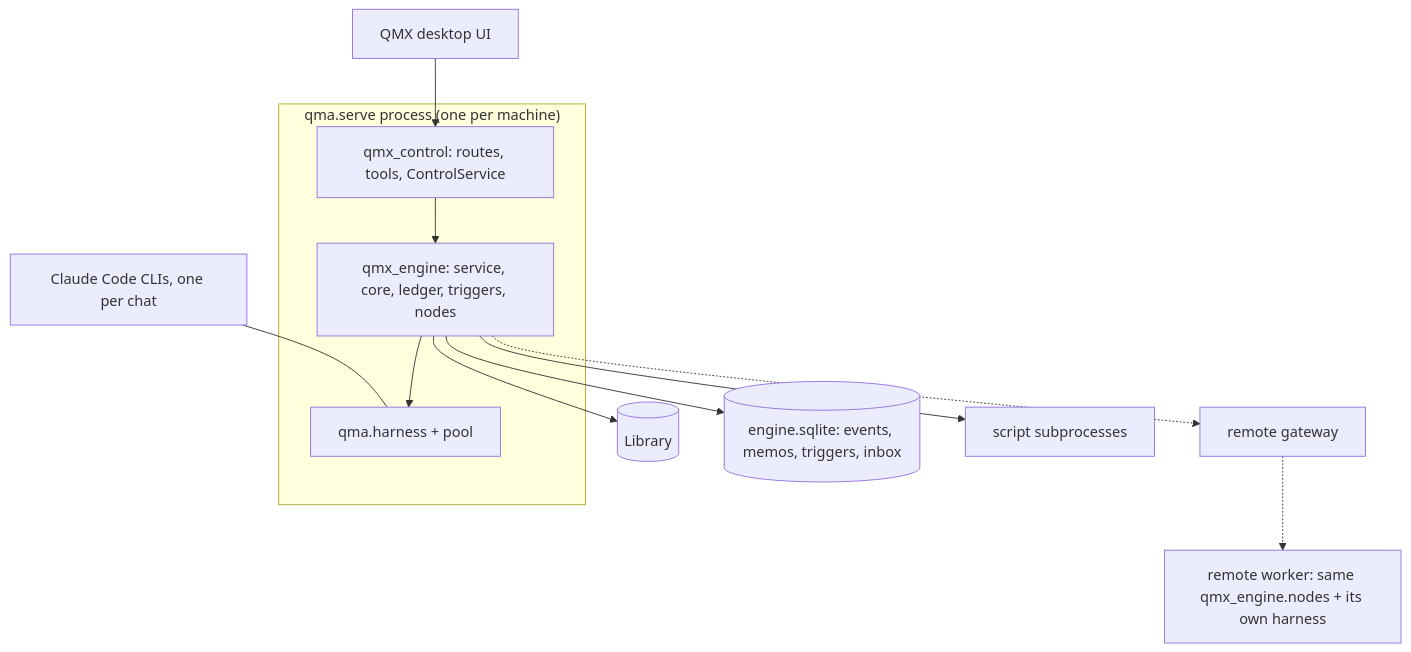
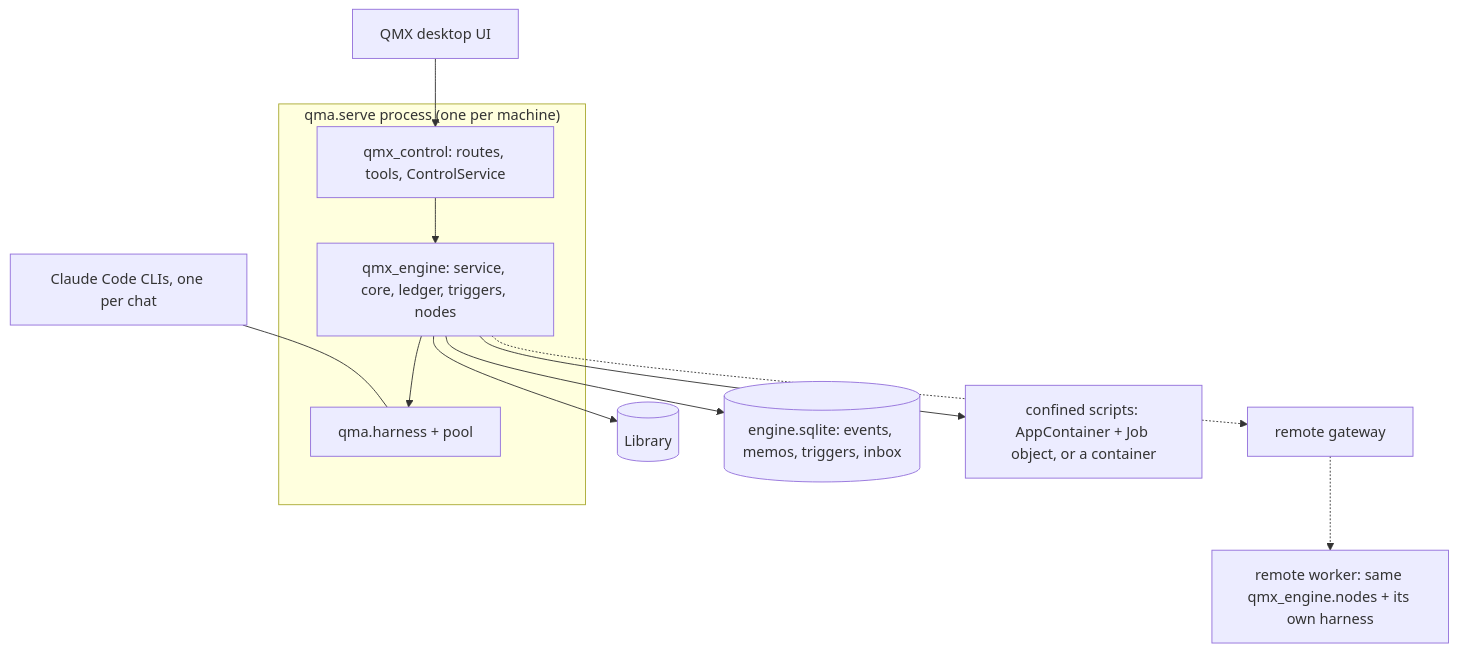
One commit to mubarakhimself-byte/QMX changed the second of 4 diagrams in tracker/qma-v2/architecture/workflow-engine/ARCHITECTURE-SPINE.md. Above: the diagram before and after it, drawn with Mermaid. The commit also changed other lines of this file and 16 other files, not shown here.

````diff
--- a/tracker/qma-v2/architecture/workflow-engine/ARCHITECTURE-SPINE.md
+++ b/tracker/qma-v2/architecture/workflow-engine/ARCHITECTURE-SPINE.md
@@ -314,17 +338,17 @@
 ```mermaid
 flowchart TB
   subgraph PROC["qma.serve process (one per machine)"]
     HARN[qma.harness + pool]
     CTRL[qmx_control: routes, tools, ControlService]
     ENG[qmx_engine: service, core, ledger, triggers, nodes]
     CTRL --> ENG
     ENG --> HARN
   end
   UI[QMX desktop UI] --> CTRL
   ENG --> LIB[(Library)]
   ENG --> LEDGER[(engine.sqlite: events, memos, triggers, inbox)]
-  ENG --> SCRIPT[script subprocesses]
+  ENG --> SCRIPT[confined scripts: AppContainer + Job object, or a container]
   ENG -.-> GW[remote gateway]
   GW -.-> RW[remote worker: same qmx_engine.nodes + its own harness]
   CLI[Claude Code CLIs, one per chat] --- HARN
 ```
````
